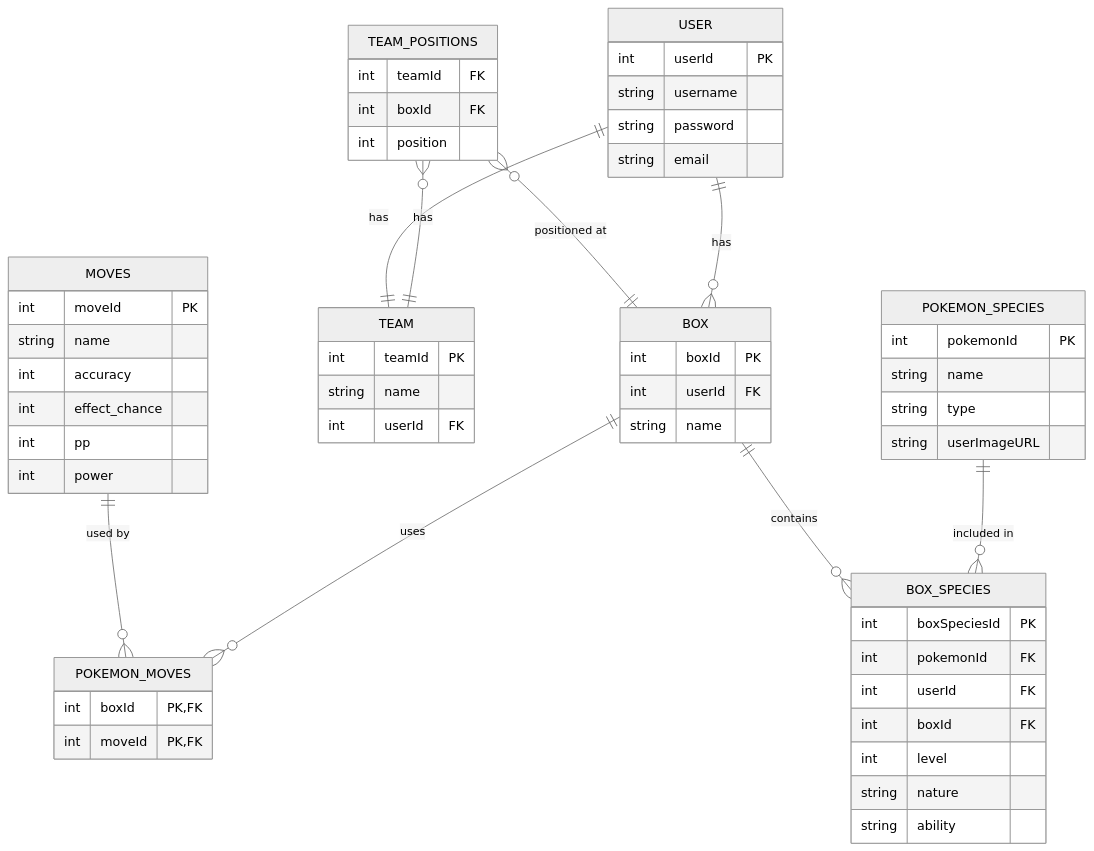
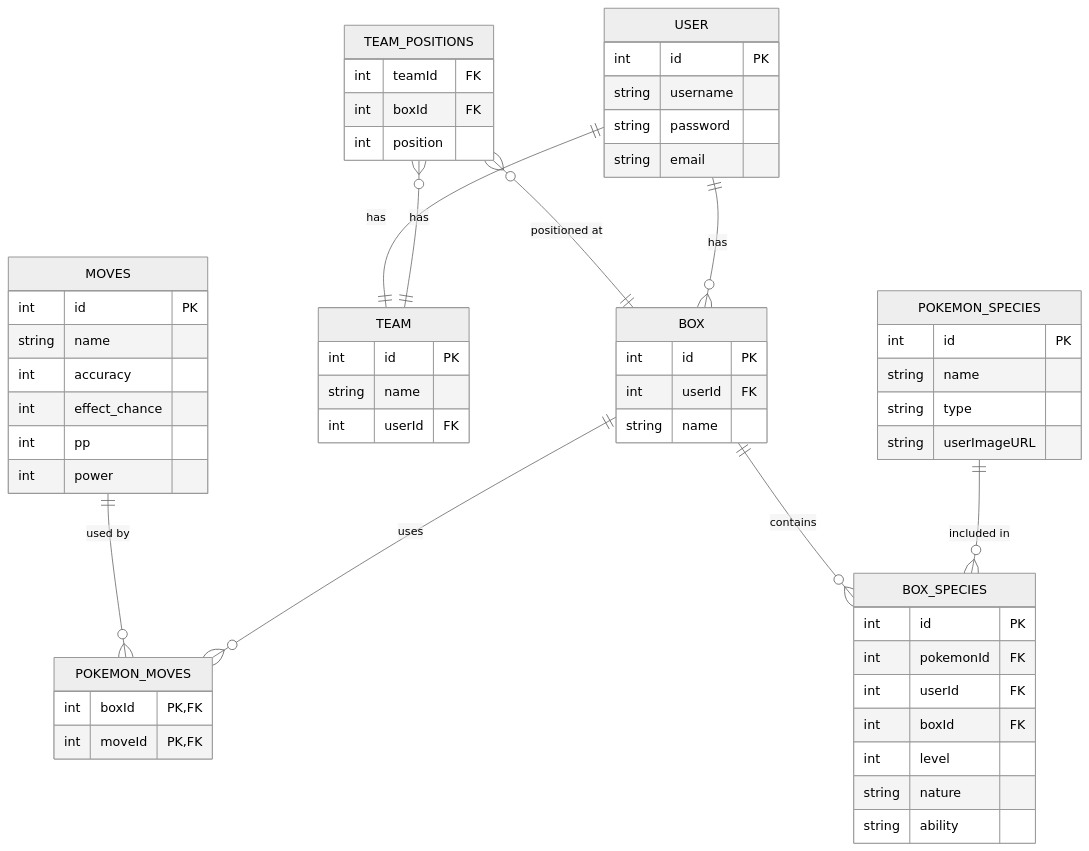
The diagram in erd.mermaid (tjklint/PokePC), drawn with Mermaid (neutral theme) before and after one commit.

```diff
--- a/erd.mermaid
+++ b/erd.mermaid
@@ -1,66 +1,66 @@
 erDiagram
     USER ||--o{ BOX : "has"
     TEAM_POSITIONS o{--|| TEAM: "has"
     TEAM_POSITIONS o{--|| BOX: "positioned at"
     USER||--|| TEAM:"has"
     BOX ||--o{ POKEMON_MOVES : "uses"
     MOVES ||--o{ POKEMON_MOVES : "used by"
     POKEMON_SPECIES ||--o{ BOX_SPECIES : "included in"
     BOX ||--o{ BOX_SPECIES : "contains"
 
 
     USER {
-        int userId PK
+        int id PK
         string username
         string password
         string email
     }
 
     POKEMON_SPECIES {
-        int pokemonId PK
+        int id PK
         string name
         string type
         string userImageURL
     }
 
     BOX {
-        int boxId PK
+        int id PK
         int userId FK
         string name
     }
 
     BOX_SPECIES {
-        int boxSpeciesId PK
+        int id PK
         int pokemonId FK
         int userId FK
         int boxId FK
         int level
         string nature
         string ability
     }
 
     TEAM {
-        int teamId PK
+        int id PK
         string name
         int userId FK
     }
 
     TEAM_POSITIONS {
         int teamId FK
         int boxId FK
         int position
     }
 
     MOVES {
-        int moveId PK
+        int id PK
         string name 
         int accuracy
         int effect_chance
         int pp   
         int power
     }
 
     POKEMON_MOVES {
         int boxId PK, FK
         int moveId PK, FK
     }
```
